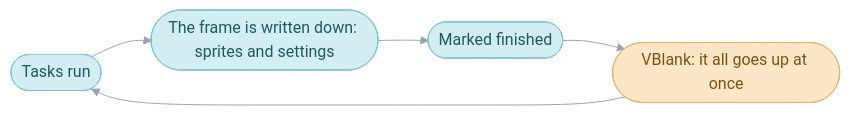
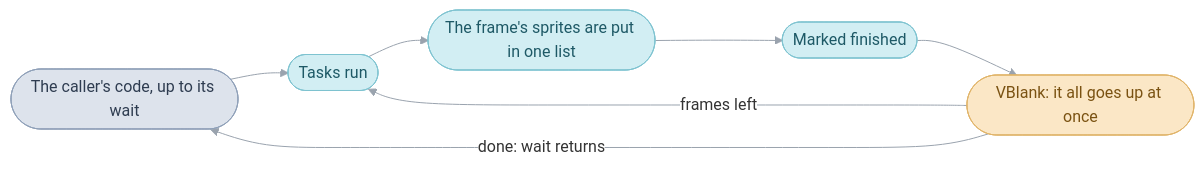
Before and after one commit to PascalPixel/alchemy: the diagram in games/tbs/src/system/README.md, drawn with Mermaid. The commit also changed other lines of this file and 10 other files, not shown here.

````diff
--- a/games/tbs/src/system/README.md
+++ b/games/tbs/src/system/README.md
@@ -50,12 +57,16 @@
 ```mermaid
 %%{init: {"theme": "base", "themeVariables": {"lineColor": "#9AA3AE", "edgeLabelBackground": "#FFFFFF"}, "flowchart": {"curve": "basis", "padding": 12}}}%%
 flowchart LR
-  tasks(["Tasks run"]) --> list(["The frame is written down: sprites and settings"])
+  code(["The caller's code, up to its wait"]) --> tasks(["Tasks run"])
+  tasks --> list(["The frame's sprites are put in one list"])
   list --> done(["Marked finished"])
   done --> vblank(["VBlank: it all goes up at once"])
-  vblank --> tasks
+  vblank -- "frames left" --> tasks
+  vblank -- "done: wait returns" --> code
+  classDef code fill:#DDE3EC,stroke:#8FA0B8,color:#2E3C50
   classDef frame fill:#D2EEF3,stroke:#7FC3D0,color:#1E5966
   classDef hardware fill:#FBE7C6,stroke:#E0B46A,color:#7A5212
+  class code code
   class tasks,list,done frame
   class vblank hardware
 ```
````
